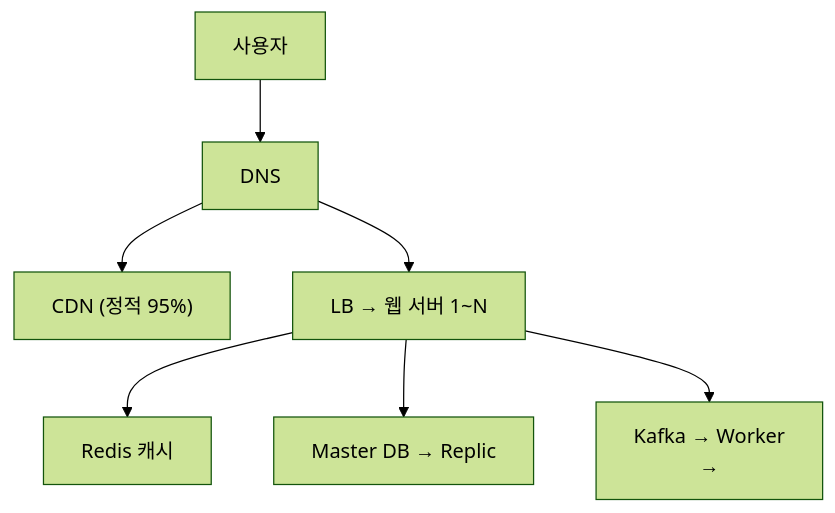
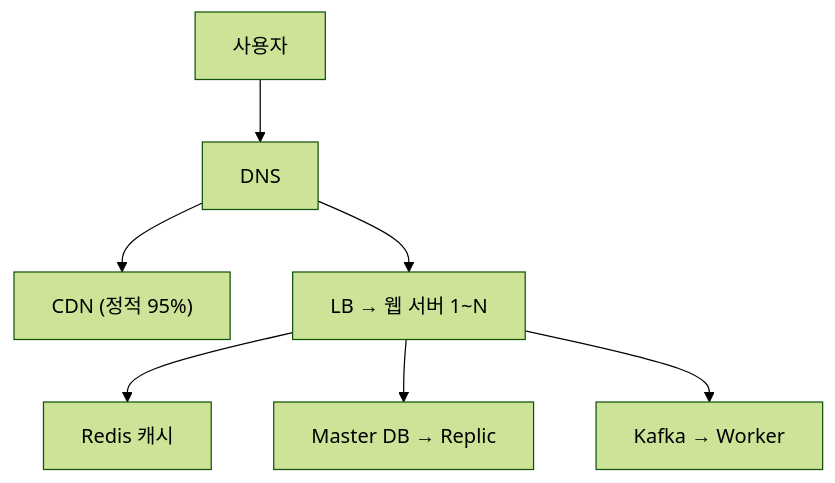
Before and after one commit to yjkim2015/yjkim2015.github.io: diagram 15 of 17 in _posts/systemdesign/2026-05-02-system-design-fundamentals.md, drawn with Mermaid (forest theme). The commit also changed other lines of this file and 217 other files, not shown here.

First line of the commit message:
Mermaid 크기 수정: useMaxWidth:true + SVG max-width:100% + 라벨 축소

````diff
--- a/_posts/systemdesign/2026-05-02-system-design-fundamentals.md
+++ b/_posts/systemdesign/2026-05-02-system-design-fundamentals.md
@@ -525,9 +525,9 @@
 ```mermaid
 graph TD
     User["사용자"] --> DNS["DNS"]
     DNS --> CDN["CDN (정적 95%)"]
     DNS --> LB["LB → 웹 서버 1~N"]
     LB --> Cache["Redis 캐시"]
     LB --> DB["Master DB → Replic"]
-    LB --> MQ["Kafka → Worker\n→"]
+    LB --> MQ["Kafka → Worker"]
 ```
````
